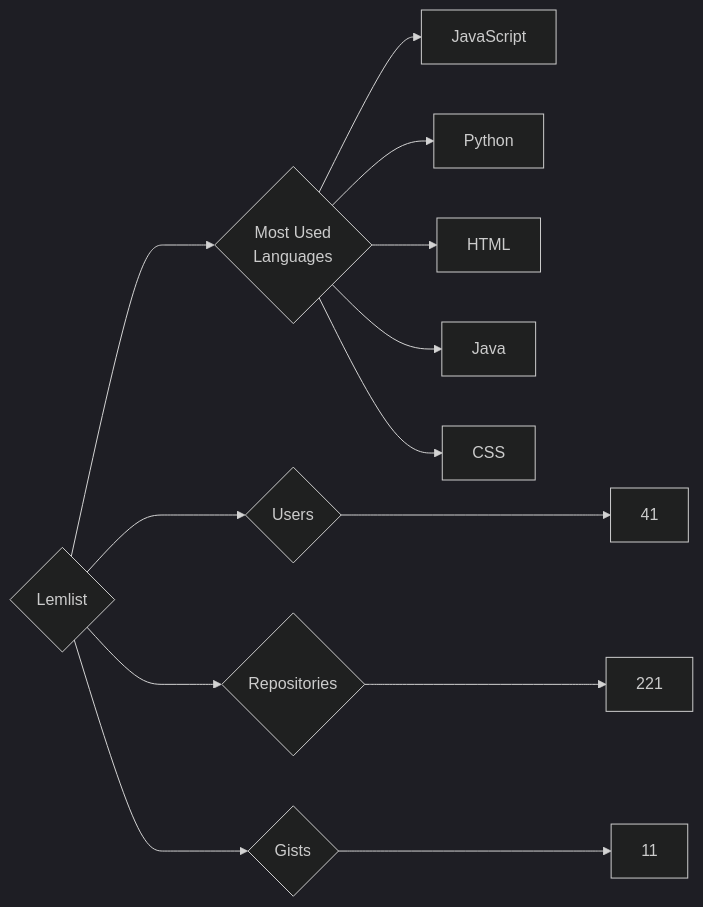
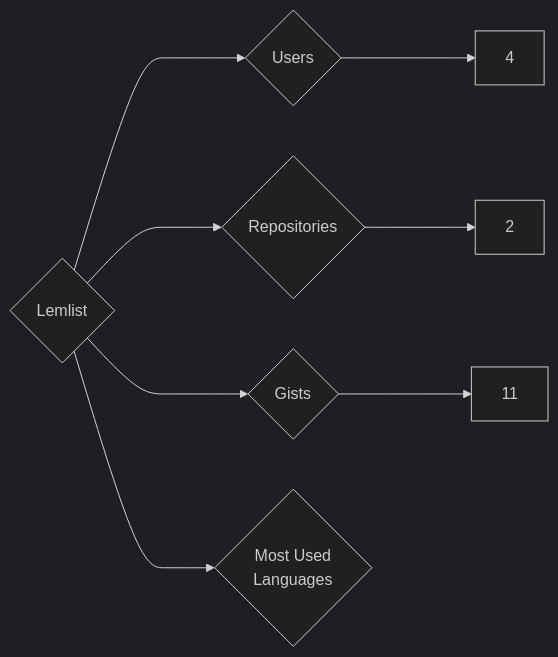
One commit to trickest/insiders changed the diagram in targets/Lemlist/README.md. Above: the diagram before and after it, drawn with Mermaid (dark theme). The commit also changed 1508 other files, not shown here.

````diff
--- a/targets/Lemlist/README.md
+++ b/targets/Lemlist/README.md
@@ -3,13 +3,8 @@
 ```mermaid
 graph LR
 COMPANY_NAME{Lemlist}
-COMPANY_NAME ---> U{Users} ---> UN[41]
-COMPANY_NAME ---> R{Repositories} ---> RN[221]
+COMPANY_NAME ---> U{Users} ---> UN[4]
+COMPANY_NAME ---> R{Repositories} ---> RN[2]
 COMPANY_NAME ---> G{Gists} ---> GN[11]
 COMPANY_NAME ---> ML{Most Used<br>Languages}
-ML --> JavaScript[JavaScript]
-ML --> Python[Python]
-ML --> HTML[HTML]
-ML --> Java[Java]
-ML --> CSS[CSS]
 ```
````
